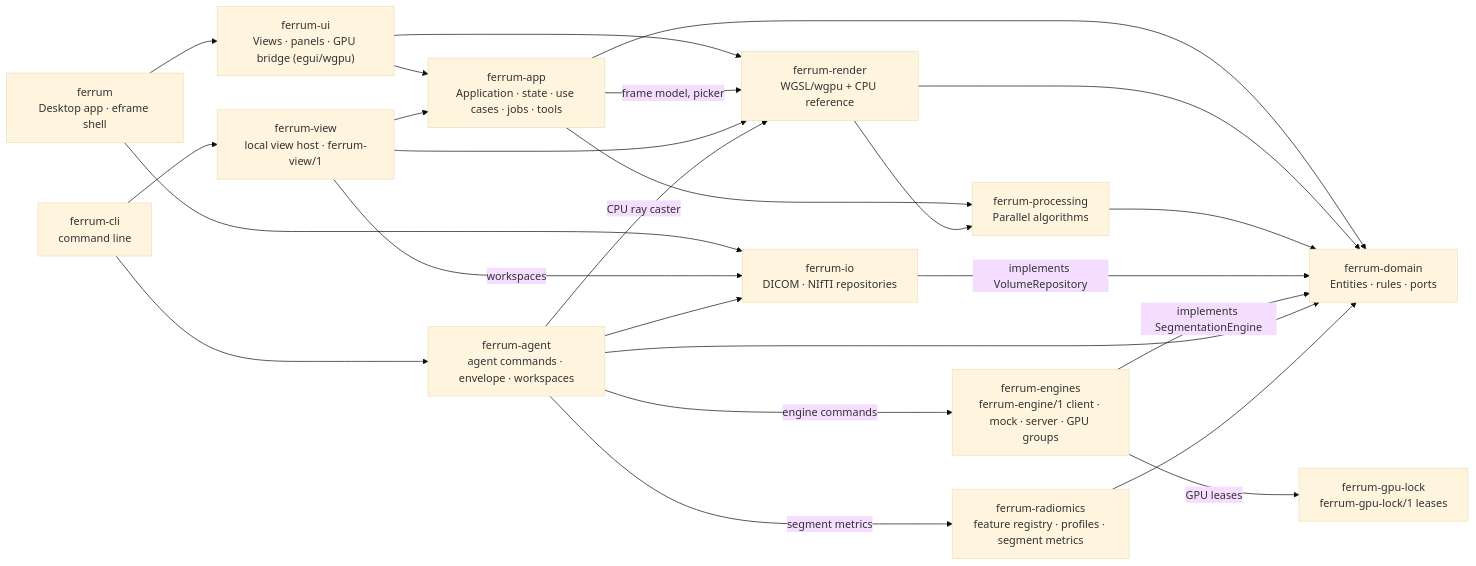
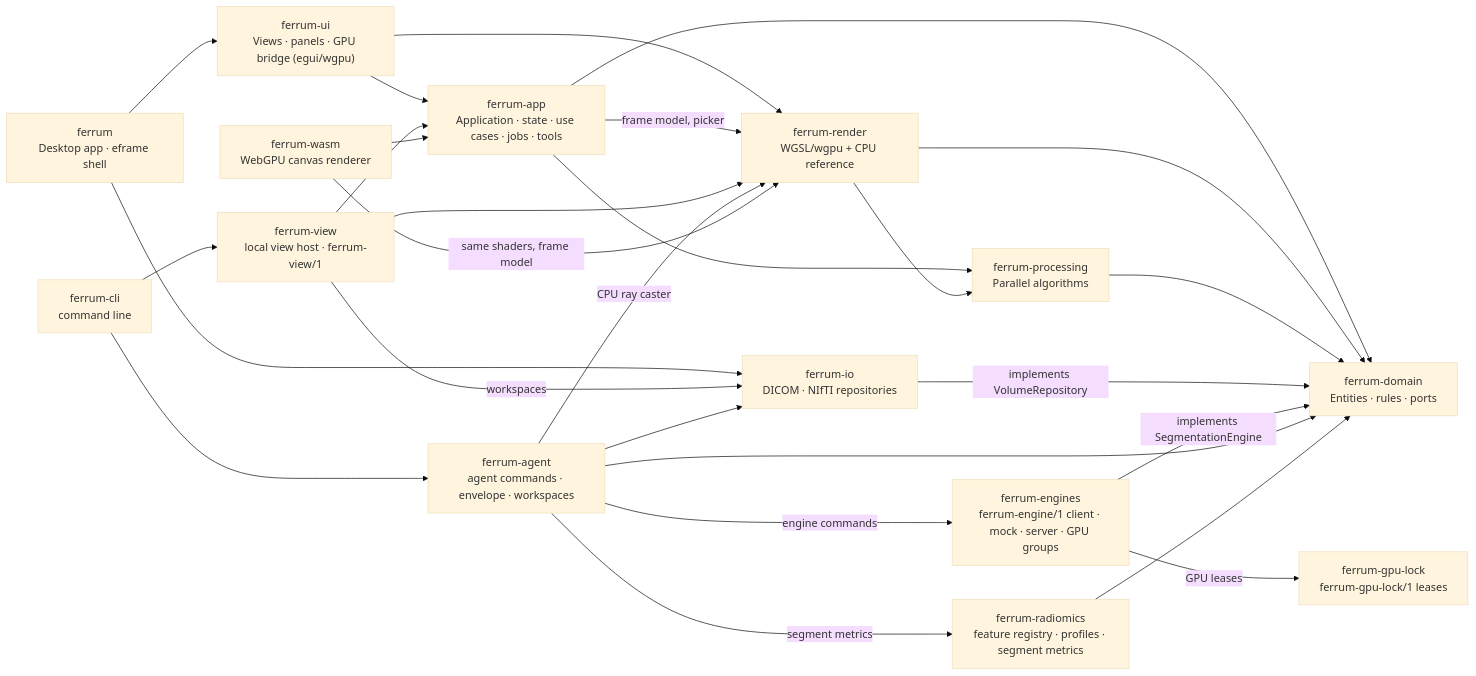
One commit to Kauter1989/ferrum changed the first of 2 diagrams in docs/architecture.md. Above: the diagram before and after it, drawn with Mermaid (base theme). The commit also changed other lines of this file and 8 other files, not shown here.

````diff
--- a/docs/architecture.md
+++ b/docs/architecture.md
@@ -19,41 +19,44 @@
 ```mermaid
 flowchart LR
     V["ferrum<br/>Desktop app · eframe shell"]
     UI["ferrum-ui<br/>Views · panels · GPU bridge (egui/wgpu)"]
     A["ferrum-app<br/>Application · state · use cases · jobs · tools"]
     D["ferrum-domain<br/>Entities · rules · ports"]
     P["ferrum-processing<br/>Parallel algorithms"]
     R["ferrum-render<br/>WGSL/wgpu + CPU reference"]
     IO["ferrum-io<br/>DICOM · NIfTI repositories"]
     EN["ferrum-engines<br/>ferrum-engine/1 client · mock · server · GPU groups"]
     GL["ferrum-gpu-lock<br/>ferrum-gpu-lock/1 leases"]
     RX["ferrum-radiomics<br/>feature registry · profiles · segment metrics"]
     AG["ferrum-agent<br/>agent commands · envelope · workspaces"]
     CLI["ferrum-cli<br/>command line"]
     VW["ferrum-view<br/>local view host · ferrum-view/1"]
 
     V --> UI
     V --> IO
     UI --> A
     UI --> R
     A --> D
     A --> P
     A -->|"frame model, picker"| R
     R --> D
     R --> P
     P --> D
     IO -->|"implements VolumeRepository"| D
     EN -->|"implements SegmentationEngine"| D
     EN -->|"GPU leases"| GL
     CLI --> AG
     CLI --> VW
     VW --> A
     VW --> R
     VW -->|"workspaces"| IO
     AG --> D
     AG --> IO
     AG -->|"CPU ray caster"| R
     AG -->|"engine commands"| EN
     AG -->|"segment metrics"| RX
     RX --> D
+    WS["ferrum-wasm<br/>WebGPU canvas renderer"]
+    WS -->|"same shaders, frame model"| R
+    WS --> A
 ```
````
